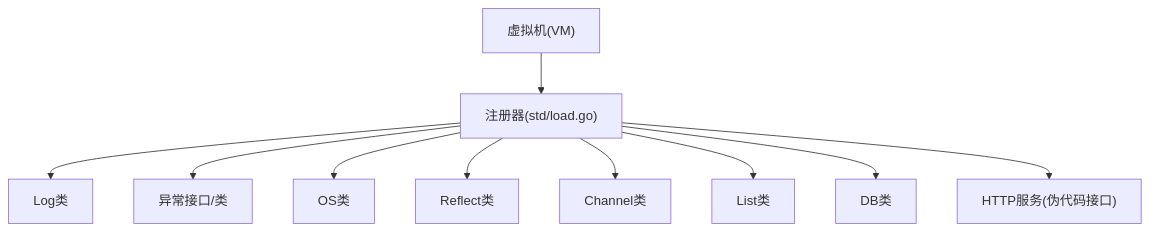
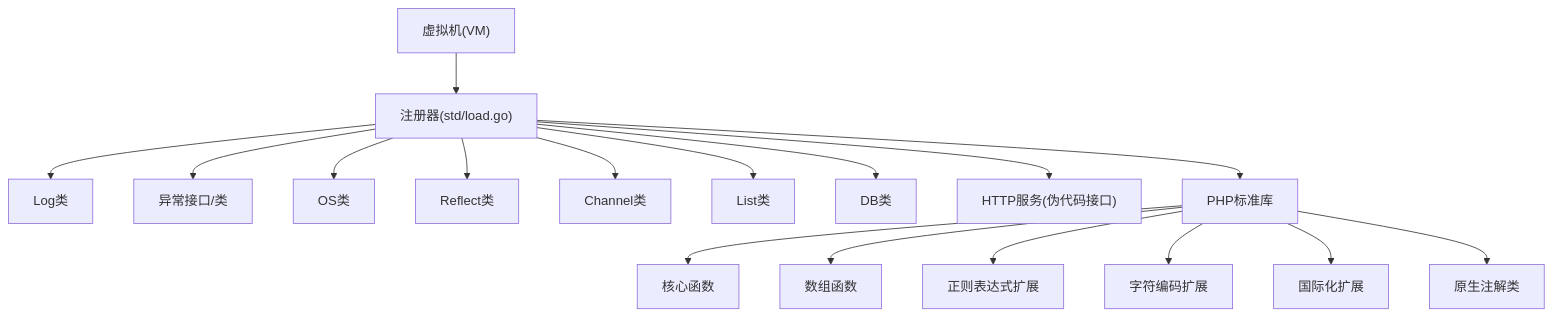
Before and after one commit to php-any/origami: the second of 10 diagrams in .qoder/repowiki/zh/content/标准库模块/标准库模块.md, drawn with Mermaid. The commit also changed other lines of this file and 21 other files, not shown here.

````diff
--- a/.qoder/repowiki/zh/content/标准库模块/标准库模块.md
+++ b/.qoder/repowiki/zh/content/标准库模块/标准库模块.md
@@ -110,12 +137,19 @@
 ```mermaid
 graph TB
 VM["虚拟机(VM)"] --> REG["注册器(std/load.go)"]
 REG --> LOG["Log类"]
 REG --> EXC["异常接口/类"]
 REG --> OS["OS类"]
 REG --> REF["Reflect类"]
 REG --> CH["Channel类"]
 REG --> LOOP["List类"]
 REG --> DB["DB类"]
 REG --> HTTP["HTTP服务(伪代码接口)"]
+REG --> PHP["PHP标准库"]
+PHP --> CORE["核心函数"]
+PHP --> ARRAY["数组函数"]
+PHP --> PREG["正则表达式扩展"]
+PHP --> ICONV["字符编码扩展"]
+PHP --> INTL["国际化扩展"]
+PHP --> ATTR["原生注解类"]
 ```
````
